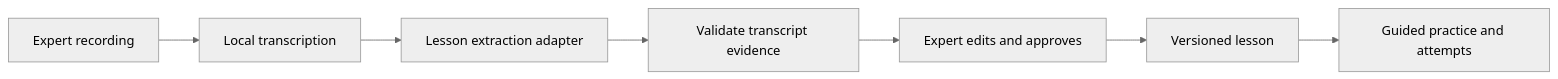
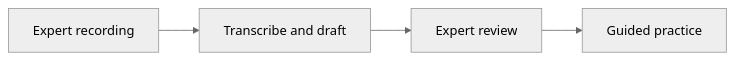
Before and after one commit to ISHPREET0101/ISHPREET0101: the third of 6 diagrams in README.md, drawn with Mermaid (neutral theme). The commit also changed other lines of this file and 3 other files, not shown here.

Commit message:
Add reference-style sections, visible project flows and contribution animation

````diff
--- a/README.md
+++ b/README.md
@@ -96,9 +41,4 @@
 ```mermaid
 flowchart LR
-  A[Expert recording] --> B[Local transcription]
-  B --> C[Lesson extraction adapter]
-  C --> D[Validate transcript evidence]
-  D --> E[Expert edits and approves]
-  E --> F[Versioned lesson]
-  F --> G[Guided practice and attempts]
+  A["Expert recording"] --> B["Transcribe and draft"] --> C["Expert review"] --> D["Guided practice"]
 ```
````
